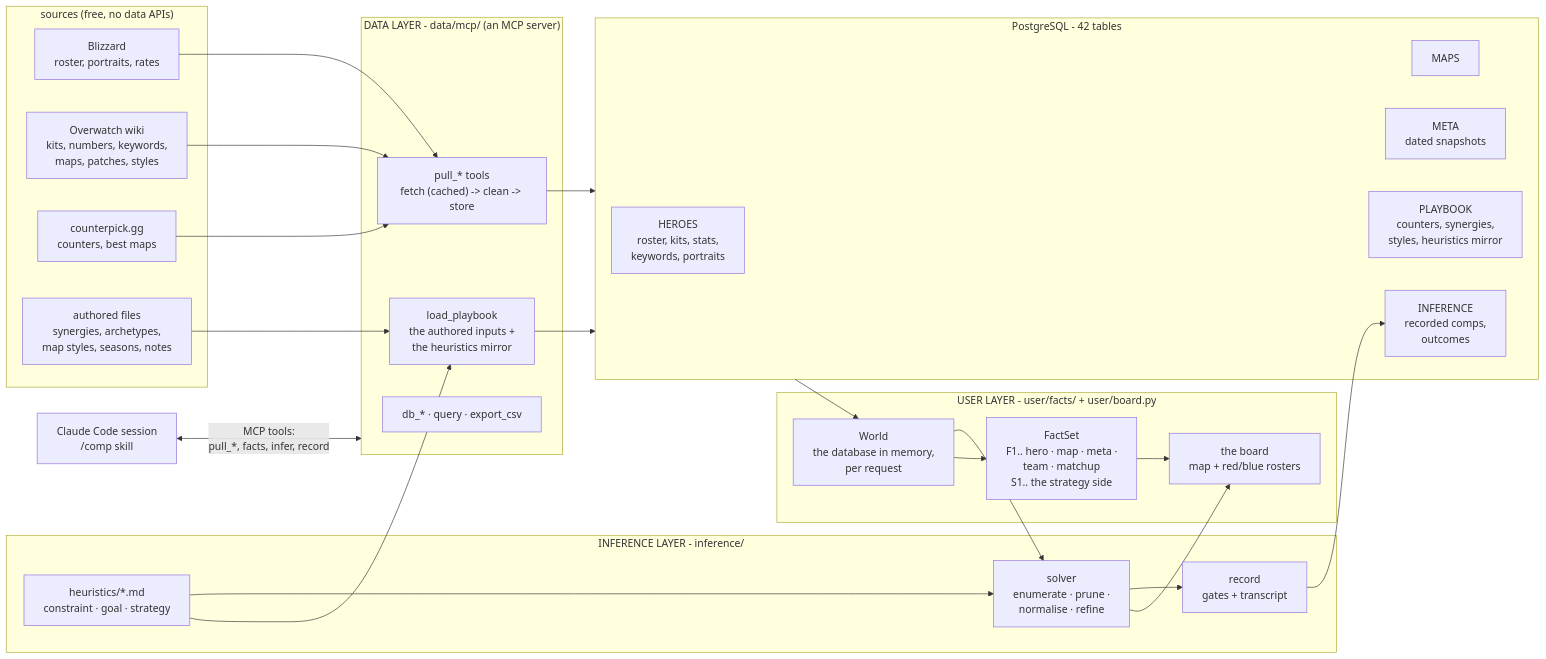
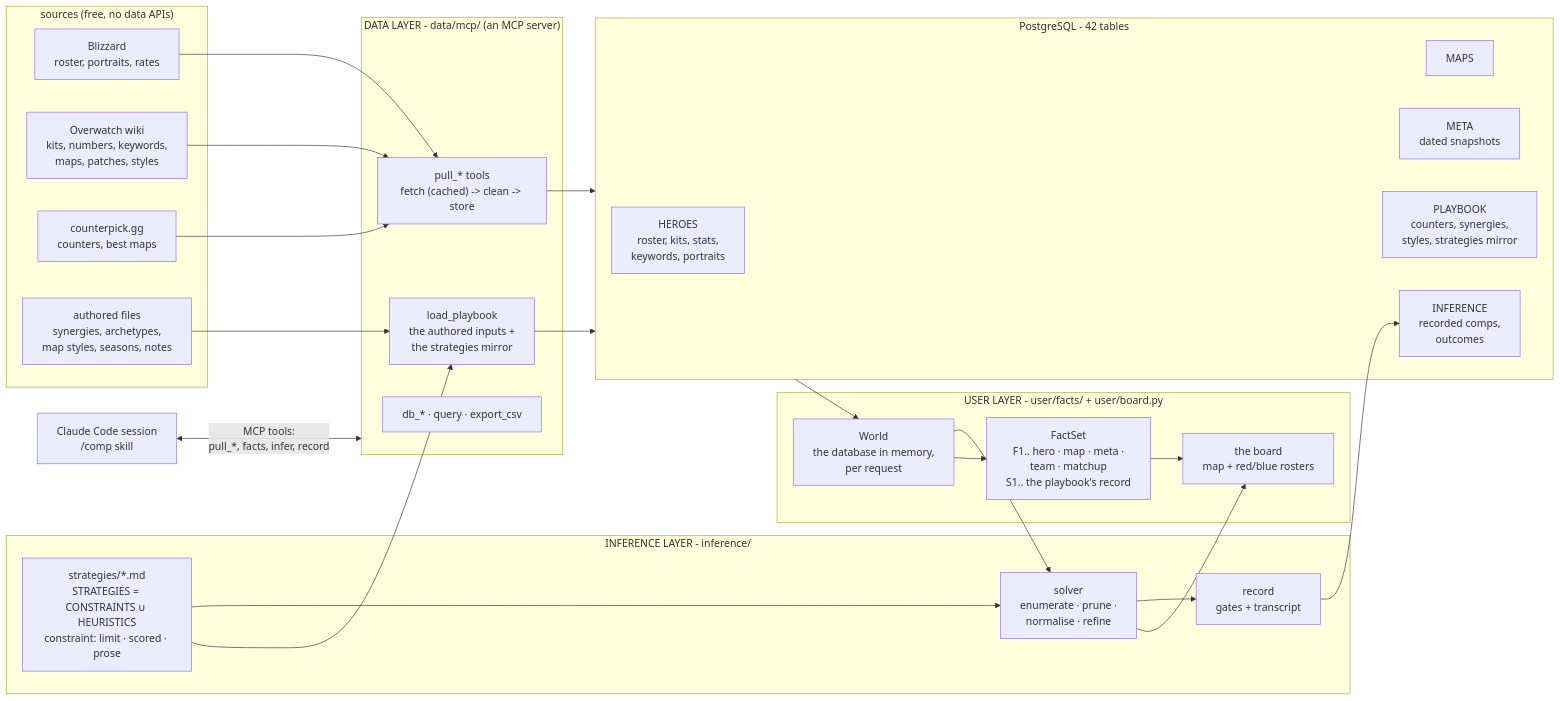
The first of 6 diagrams in docs/architecture.md (mmikol/counter-utility-matrix), drawn with Mermaid before and after one commit. The commit also changed other lines of this file and 179 other files, not shown here.

````diff
--- a/docs/architecture.md
+++ b/docs/architecture.md
@@ -7,46 +7,46 @@
 ```mermaid
 flowchart LR
     subgraph SOURCES["sources (free, no data APIs)"]
         BLZ["Blizzard<br/>roster, portraits, rates"]
         WIKI["Overwatch wiki<br/>kits, numbers, keywords,<br/>maps, patches, styles"]
         CPK["counterpick.gg<br/>counters, best maps"]
         CSV["authored files<br/>synergies, archetypes,<br/>map styles, seasons, notes"]
     end
 
     subgraph DATA["DATA LAYER - data/mcp/ (an MCP server)"]
         PULL["pull_* tools<br/>fetch (cached) -> clean -> store"]
-        PLAY["load_playbook<br/>the authored inputs +<br/>the heuristics mirror"]
+        PLAY["load_playbook<br/>the authored inputs +<br/>the strategies mirror"]
         DBT["db_* · query · export_csv"]
     end
 
     subgraph PG["PostgreSQL - 42 tables"]
         HEROES["HEROES<br/>roster, kits, stats,<br/>keywords, portraits"]
         MAPS["MAPS"]
         META["META<br/>dated snapshots"]
-        PLAYBOOK["PLAYBOOK<br/>counters, synergies,<br/>styles, heuristics mirror"]
+        PLAYBOOK["PLAYBOOK<br/>counters, synergies,<br/>styles, strategies mirror"]
         INF["INFERENCE<br/>recorded comps,<br/>outcomes"]
     end
 
     subgraph USER["USER LAYER - user/facts/ + user/board.py"]
         WORLD["World<br/>the database in memory,<br/>per request"]
-        FACTS["FactSet<br/>F1.. hero · map · meta ·<br/>team · matchup<br/>S1.. the strategy side"]
+        FACTS["FactSet<br/>F1.. hero · map · meta ·<br/>team · matchup<br/>S1.. the playbook's record"]
         BOARD["the board<br/>map + red/blue rosters"]
     end
 
     subgraph INFER["INFERENCE LAYER - inference/"]
-        HEUR["heuristics/*.md<br/>constraint · goal · strategy"]
+        HEUR["strategies/*.md<br/>STRATEGIES = CONSTRAINTS ∪ HEURISTICS<br/>constraint: limit · scored · prose"]
         SOLVER["solver<br/>enumerate · prune ·<br/>normalise · refine"]
         REC["record<br/>gates + transcript"]
     end
 
     BLZ & WIKI & CPK --> PULL
     CSV --> PLAY
     HEUR --> PLAY
     PULL & PLAY --> PG
     PG --> WORLD --> FACTS --> BOARD
     WORLD --> SOLVER
     HEUR --> SOLVER
     SOLVER --> BOARD
     SOLVER --> REC --> INF
     CHAT["Claude Code session<br/>/comp skill"] <-->|"MCP tools:<br/>pull_*, facts, infer, record"| DATA
 ```
````
